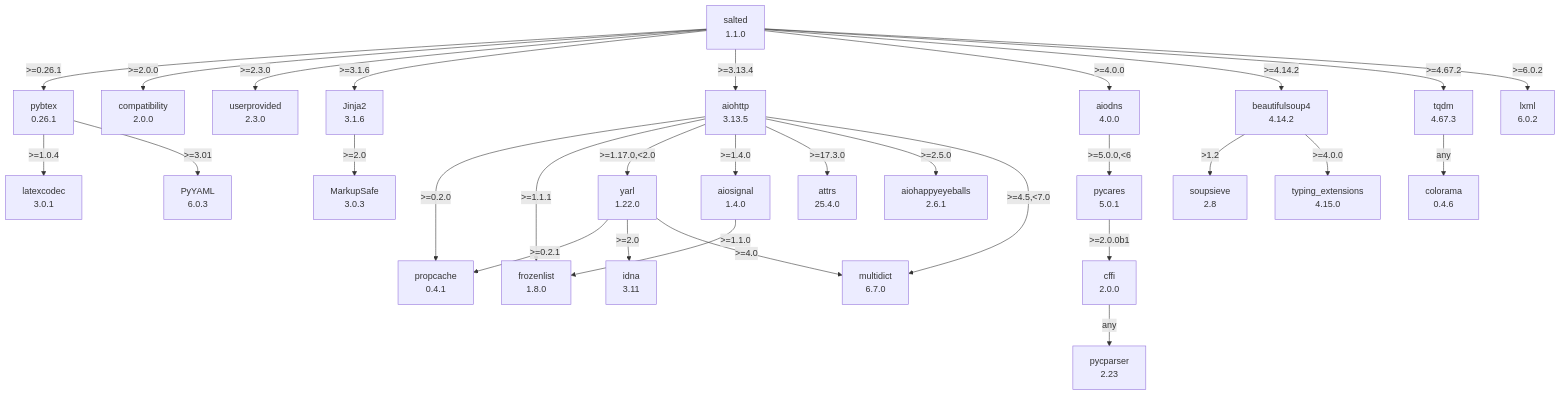
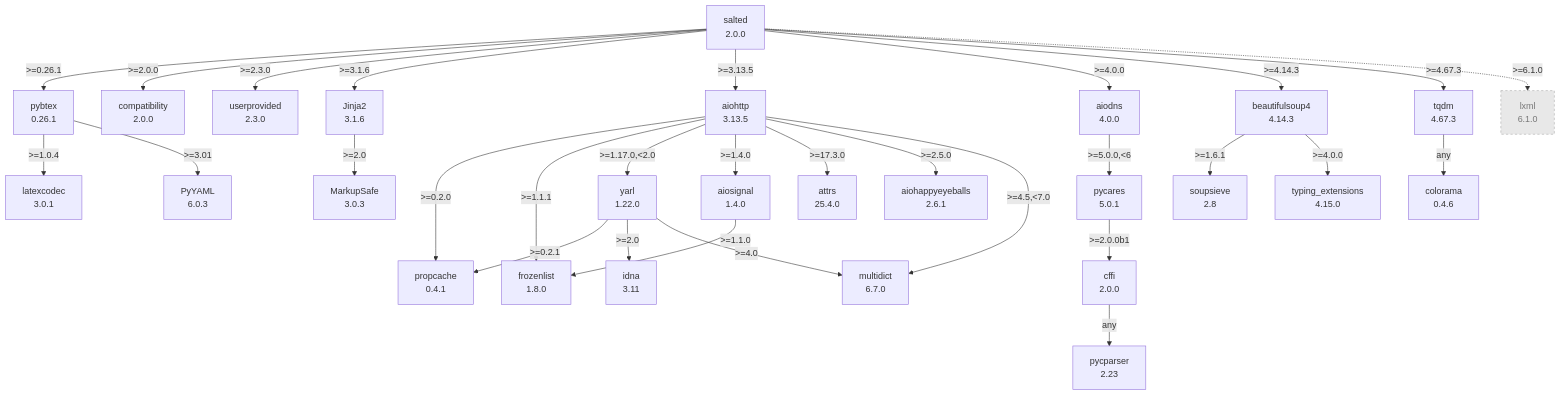
Before and after one commit to RuedigerVoigt/salted: the diagram in documentation/dependency-graph.md, drawn with Mermaid. The commit also changed 4 other files, not shown here.

Commit message:
Fix stale docs and show optional deps in dependency graph

````diff
--- a/documentation/dependency-graph.md
+++ b/documentation/dependency-graph.md
@@ -1,61 +1,61 @@
 ```mermaid
 flowchart TD
     classDef missing stroke-dasharray: 5
+    classDef optional fill:#e8e8e8,stroke:#aaaaaa,color:#777777,stroke-dasharray:4
     aiodns["aiodns<br/>4.0.0"]
     aiohappyeyeballs["aiohappyeyeballs<br/>2.6.1"]
     aiohttp["aiohttp<br/>3.13.5"]
     aiosignal["aiosignal<br/>1.4.0"]
     attrs["attrs<br/>25.4.0"]
-    beautifulsoup4["beautifulsoup4<br/>4.14.2"]
+    beautifulsoup4["beautifulsoup4<br/>4.14.3"]
     cffi["cffi<br/>2.0.0"]
     colorama["colorama<br/>0.4.6"]
     compatibility["compatibility<br/>2.0.0"]
     frozenlist["frozenlist<br/>1.8.0"]
     idna["idna<br/>3.11"]
     jinja2["Jinja2<br/>3.1.6"]
     latexcodec["latexcodec<br/>3.0.1"]
-    lxml["lxml<br/>6.0.2"]
     markupsafe["MarkupSafe<br/>3.0.3"]
     multidict["multidict<br/>6.7.0"]
     propcache["propcache<br/>0.4.1"]
     pybtex["pybtex<br/>0.26.1"]
     pycares["pycares<br/>5.0.1"]
     pycparser["pycparser<br/>2.23"]
     pyyaml["PyYAML<br/>6.0.3"]
-    salted["salted<br/>1.1.0"]
+    salted["salted<br/>2.0.0"]
     soupsieve["soupsieve<br/>2.8"]
     tqdm["tqdm<br/>4.67.3"]
     typing-extensions["typing_extensions<br/>4.15.0"]
     userprovided["userprovided<br/>2.3.0"]
     yarl["yarl<br/>1.22.0"]
+    lxml["lxml<br/>6.1.0"]:::optional
     aiodns -- ">=5.0.0,<6" --> pycares
     aiohttp -- ">=0.2.0" --> propcache
     aiohttp -- ">=1.1.1" --> frozenlist
     aiohttp -- ">=1.17.0,<2.0" --> yarl
     aiohttp -- ">=1.4.0" --> aiosignal
     aiohttp -- ">=17.3.0" --> attrs
     aiohttp -- ">=2.5.0" --> aiohappyeyeballs
     aiohttp -- ">=4.5,<7.0" --> multidict
     aiosignal -- ">=1.1.0" --> frozenlist
-    beautifulsoup4 -- ">1.2" --> soupsieve
+    beautifulsoup4 -- ">=1.6.1" --> soupsieve
     beautifulsoup4 -- ">=4.0.0" --> typing-extensions
     cffi -- "any" --> pycparser
     jinja2 -- ">=2.0" --> markupsafe
     pybtex -- ">=1.0.4" --> latexcodec
     pybtex -- ">=3.01" --> pyyaml
     pycares -- ">=2.0.0b1" --> cffi
     salted -- ">=0.26.1" --> pybtex
     salted -- ">=2.0.0" --> compatibility
     salted -- ">=2.3.0" --> userprovided
     salted -- ">=3.1.6" --> jinja2
-    salted -- ">=3.13.4" --> aiohttp
+    salted -- ">=3.13.5" --> aiohttp
     salted -- ">=4.0.0" --> aiodns
-    salted -- ">=4.14.2" --> beautifulsoup4
-    salted -- ">=4.67.2" --> tqdm
-    salted -- ">=6.0.2" --> lxml
+    salted -- ">=4.14.3" --> beautifulsoup4
+    salted -- ">=4.67.3" --> tqdm
     tqdm -- "any" --> colorama
     yarl -- ">=0.2.1" --> propcache
     yarl -- ">=2.0" --> idna
     yarl -- ">=4.0" --> multidict
-
+    salted -. ">=6.1.0" .-> lxml
 ```
````
